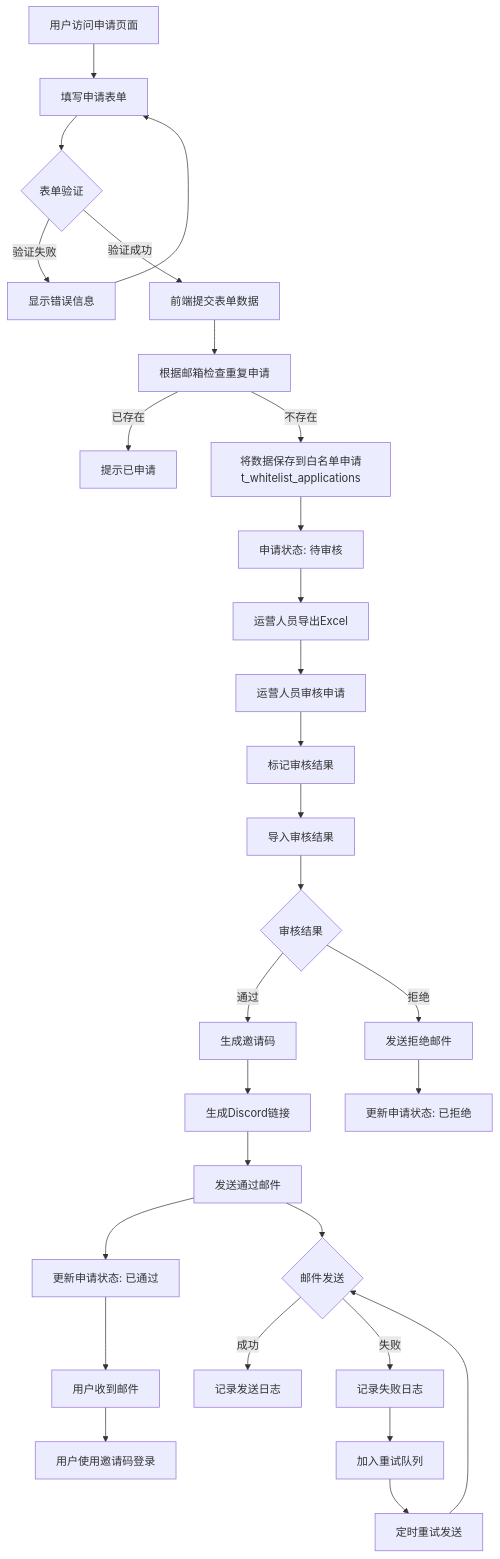
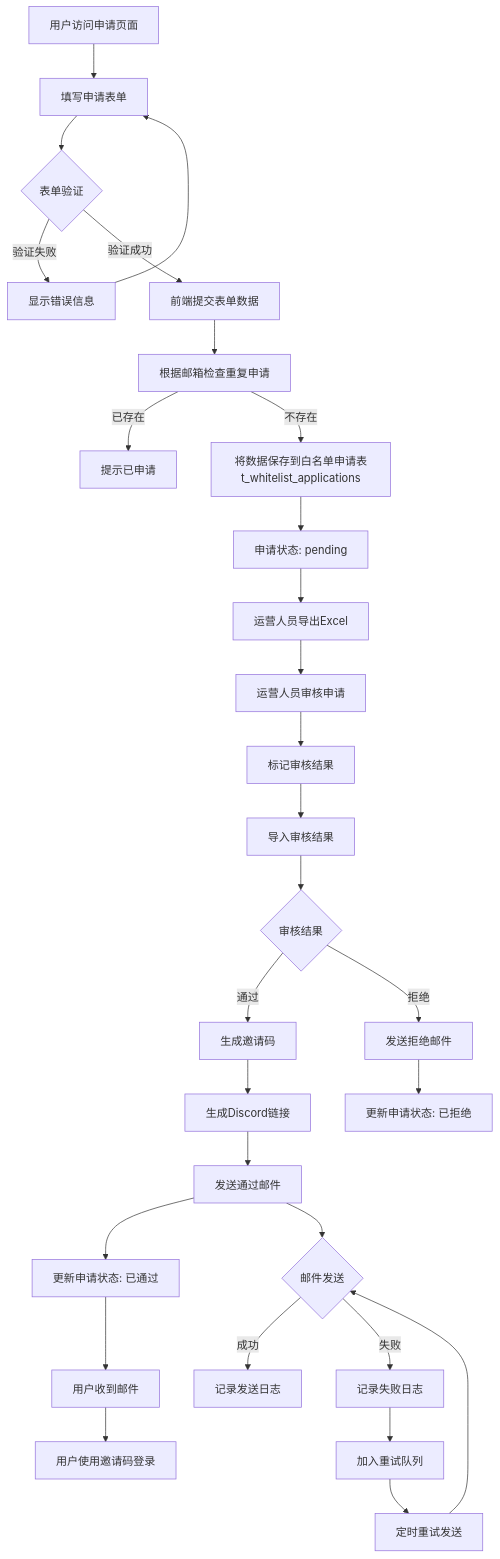
Before and after one commit to yingjianzh/iodraw-files: the diagram in all/未命名-69.md, drawn with Mermaid.

Commit message:
2025-07-03 10:23:38 update

````diff
--- a/all/未命名-69.md
+++ b/all/未命名-69.md
@@ -1,36 +1,36 @@
 ```mermaid
 flowchart TD
     A[用户访问申请页面] --> B[填写申请表单]
     B --> C{表单验证}
     C -->|验证失败| D[显示错误信息]
     D --> B
     C -->|验证成功| E[前端提交表单数据]
     E -->E1[根据邮箱检查重复申请]
     E1 -->|已存在| F[提示已申请]
-    E1 -->|不存在| G[将数据保存到白名单申请t_whitelist_applications]
-    G --> H[申请状态: 待审核]
+    E1 -->|不存在| G[将数据保存到白名单申请表t_whitelist_applications]
+    G --> H[申请状态: pending]
     
     H --> I[运营人员导出Excel]
     I --> J[运营人员审核申请]
     J --> K[标记审核结果]
     K --> L[导入审核结果]
     L --> M{审核结果}
     
     M -->|通过| N[生成邀请码]
     N --> O[生成Discord链接]
     O --> P[发送通过邮件]
     P --> Q[更新申请状态: 已通过]
     
     M -->|拒绝| R[发送拒绝邮件]
     R --> S[更新申请状态: 已拒绝]
     
     P --> T{邮件发送}
     T -->|成功| U[记录发送日志]
     T -->|失败| V[记录失败日志]
     V --> W[加入重试队列]
     W --> X[定时重试发送]
     X --> T
     
     Q --> Y[用户收到邮件]
     Y --> Z[用户使用邀请码登录]
 ```
````
